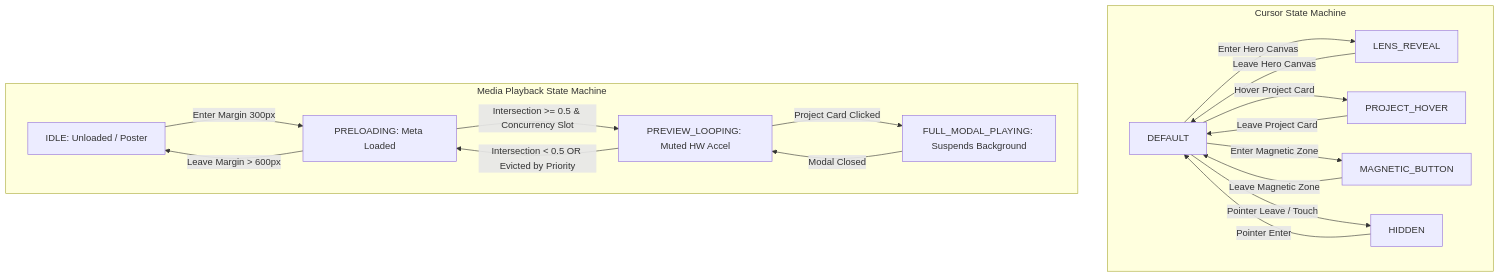
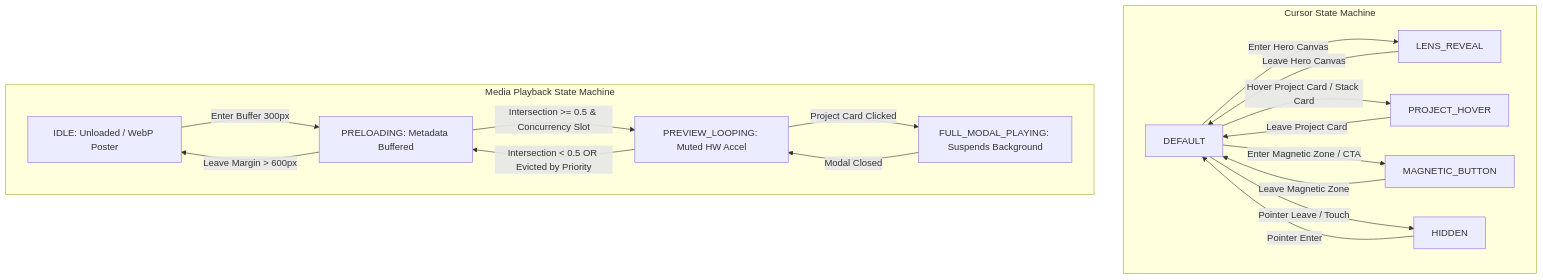
One commit to draawijaya08-bot/draamotionnn changed the first of 2 diagrams in specs/02-interaction-behavior.md. Above: the diagram before and after it, drawn with Mermaid. The commit also changed other lines of this file and 10 other files, not shown here.

Commit message:
feat: initialize portfolio core architecture, types, and specs for Indra Wijaya motion design website

````diff
--- a/specs/02-interaction-behavior.md
+++ b/specs/02-interaction-behavior.md
@@ -13,22 +15,22 @@
 ```mermaid
 graph TD
     subgraph CSM [Cursor State Machine]
         C_DEF[DEFAULT] -->|Enter Hero Canvas| C_LENS[LENS_REVEAL]
-        C_DEF -->|Hover Project Card| C_HOV[PROJECT_HOVER]
-        C_DEF -->|Enter Magnetic Zone| C_MAG[MAGNETIC_BUTTON]
+        C_DEF -->|Hover Project Card / Stack Card| C_HOV[PROJECT_HOVER]
+        C_DEF -->|Enter Magnetic Zone / CTA| C_MAG[MAGNETIC_BUTTON]
         C_LENS -->|Leave Hero Canvas| C_DEF
         C_HOV -->|Leave Project Card| C_DEF
         C_MAG -->|Leave Magnetic Zone| C_DEF
         C_DEF -->|Pointer Leave / Touch| C_HID[HIDDEN]
         C_HID -->|Pointer Enter| C_DEF
     end
 
     subgraph MPSM [Media Playback State Machine]
-        M_IDLE[IDLE: Unloaded / Poster] -->|Enter Margin 300px| M_PRE[PRELOADING: Meta Loaded]
+        M_IDLE[IDLE: Unloaded / WebP Poster] -->|Enter Buffer 300px| M_PRE[PRELOADING: Metadata Buffered]
         M_PRE -->|Intersection >= 0.5 & Concurrency Slot| M_LOOP[PREVIEW_LOOPING: Muted HW Accel]
         M_LOOP -->|Intersection < 0.5 OR Evicted by Priority| M_PRE
         M_PRE -->|Leave Margin > 600px| M_IDLE
         M_LOOP -->|Project Card Clicked| M_MODAL[FULL_MODAL_PLAYING: Suspends Background]
         M_MODAL -->|Modal Closed| M_LOOP
     end
 ```
````
